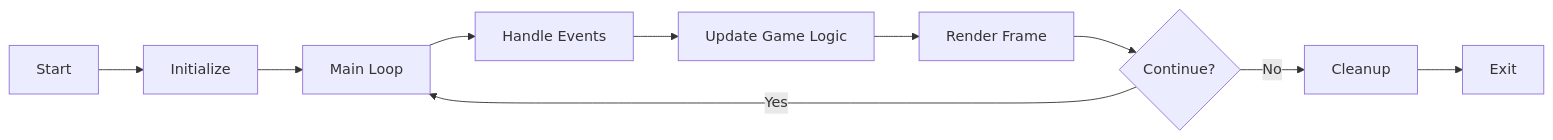
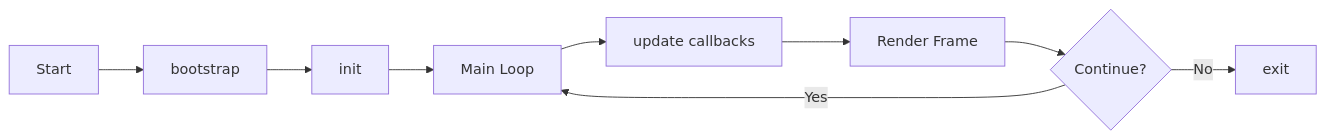
The diagram in TUTORIAL.md (tankfeud/norx), drawn with Mermaid before and after one commit. The commit also changed other lines of this file and 34 other files, not shown here.

````diff
--- a/TUTORIAL.md
+++ b/TUTORIAL.md
@@ -180,12 +149,11 @@
 ```mermaid
 flowchart LR
-    A[Start] --> B[Initialize]
-    B --> C[Main Loop]
-    C --> D[Handle Events]
-    D --> E[Update Game Logic]
+    A[Start] --> B[bootstrap]
+    B --> C[init]
+    C --> D[Main Loop]
+    D --> E[update callbacks]
     E --> F[Render Frame]
     F --> G{Continue?}
-    G -->|Yes| C
-    G -->|No| H[Cleanup]
-    H --> I[Exit]
+    G -->|Yes| D
+    G -->|No| H[exit]
 ```
````
